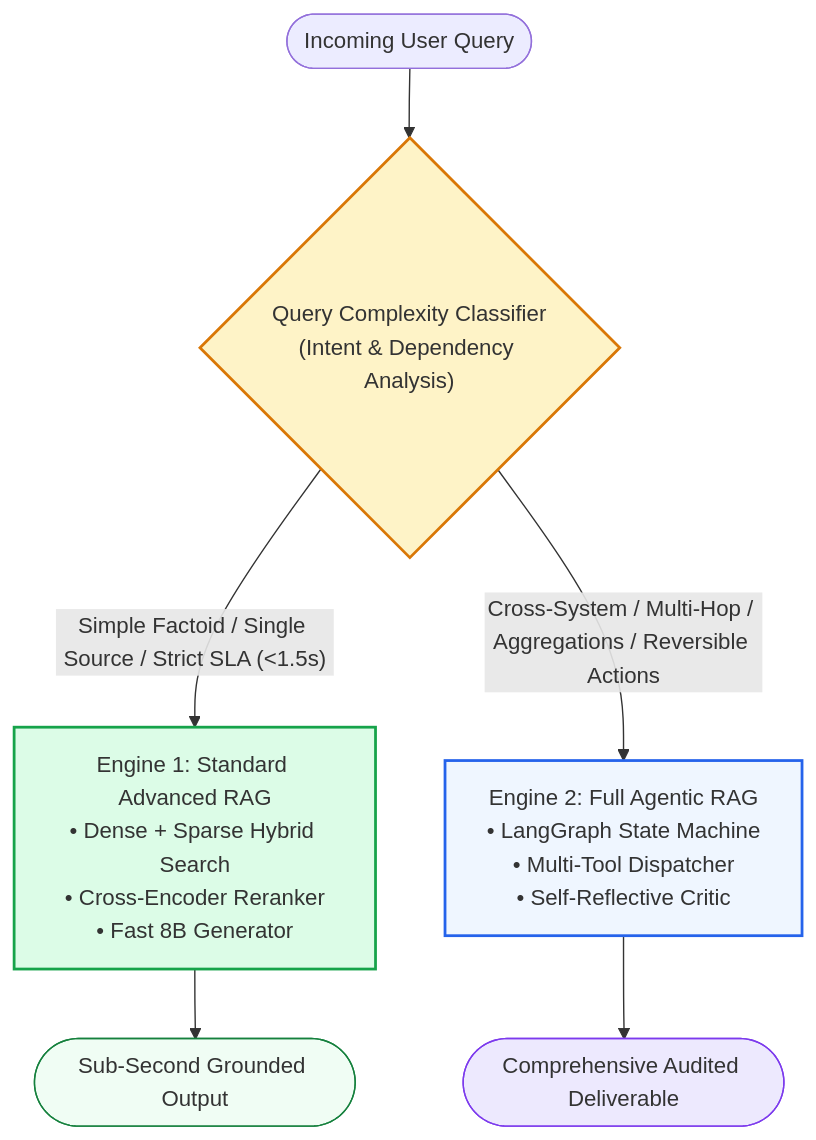
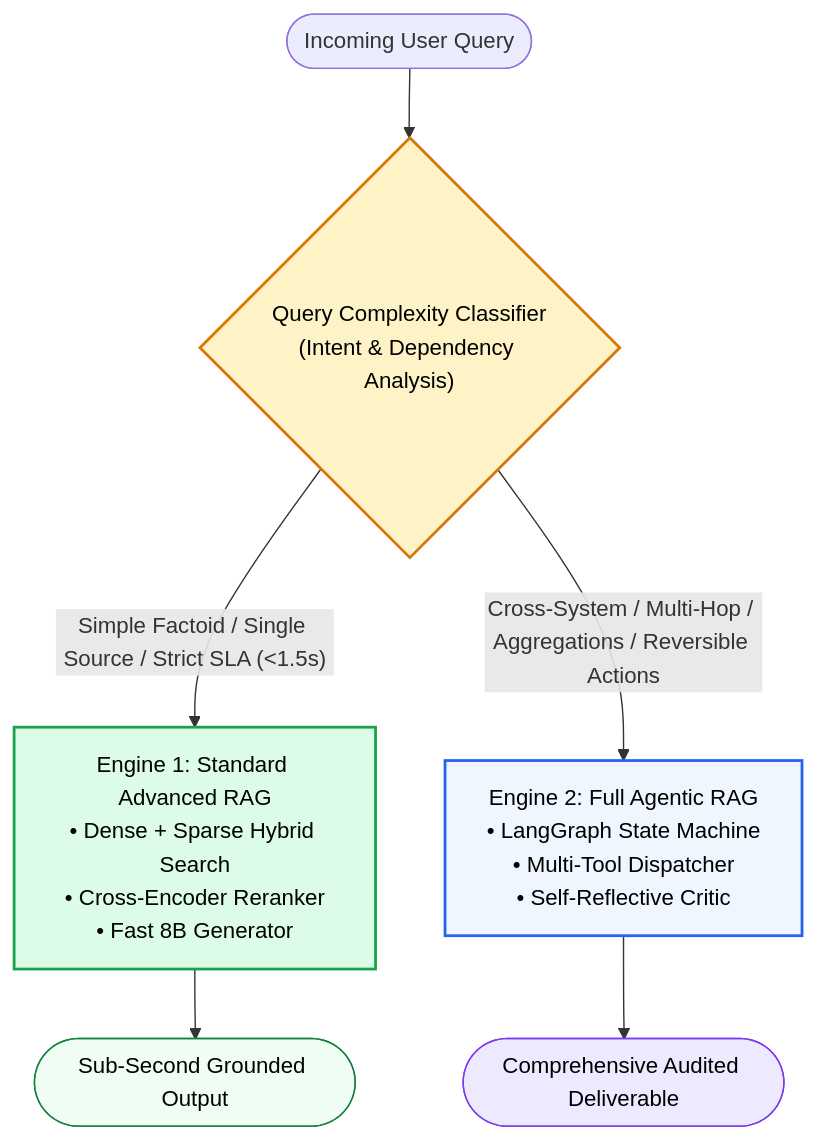
Before and after one commit to swapnil3104/RAG-Engineering: the fifth of 6 diagrams in 07-Agentic-RAG/RAG-vs-Agentic-RAG.md, drawn with Mermaid. The commit also changed other lines of this file and 108 other files, not shown here.

Commit message:
fix: make chart text visible across all Mermaid diagrams and resolve markdown table formatting issues

````diff
--- a/07-Agentic-RAG/RAG-vs-Agentic-RAG.md
+++ b/07-Agentic-RAG/RAG-vs-Agentic-RAG.md
@@ -210,17 +210,17 @@
 ```mermaid
 flowchart TD
     UserQuery([Incoming User Query]) --> Classifier{"Query Complexity Classifier<br/>(Intent & Dependency Analysis)"}
     
     Classifier -->|"Simple Factoid / Single Source / Strict SLA (<1.5s)"| StandardRAG["Engine 1: Standard Advanced RAG<br/>• Dense + Sparse Hybrid Search<br/>• Cross-Encoder Reranker<br/>• Fast 8B Generator"]
     
     Classifier -->|"Cross-System / Multi-Hop / Aggregations / Reversible Actions"| AgenticRAG["Engine 2: Full Agentic RAG<br/>• LangGraph State Machine<br/>• Multi-Tool Dispatcher<br/>• Self-Reflective Critic"]
     
     StandardRAG --> FastOut([Sub-Second Grounded Output])
     AgenticRAG --> VerifiedOut([Comprehensive Audited Deliverable])
 
-    style Classifier fill:#fef3c7,stroke:#d97706,stroke-width:2px
-    style StandardRAG fill:#dcfce7,stroke:#16a34a,stroke-width:2px
-    style AgenticRAG fill:#eff6ff,stroke:#2563eb,stroke-width:2px
-    style FastOut fill:#f0fdf4,stroke:#15803d,stroke-width:1px
-    style VerifiedOut fill:#ede9fe,stroke:#7c3aed,stroke-width:1px
+    style Classifier fill:#fef3c7,stroke:#d97706,stroke-width:2px,color:#000000
+    style StandardRAG fill:#dcfce7,stroke:#16a34a,stroke-width:2px,color:#000000
+    style AgenticRAG fill:#eff6ff,stroke:#2563eb,stroke-width:2px,color:#000000
+    style FastOut fill:#f0fdf4,stroke:#15803d,stroke-width:1px,color:#000000
+    style VerifiedOut fill:#ede9fe,stroke:#7c3aed,stroke-width:1px,color:#000000
 ```
````
